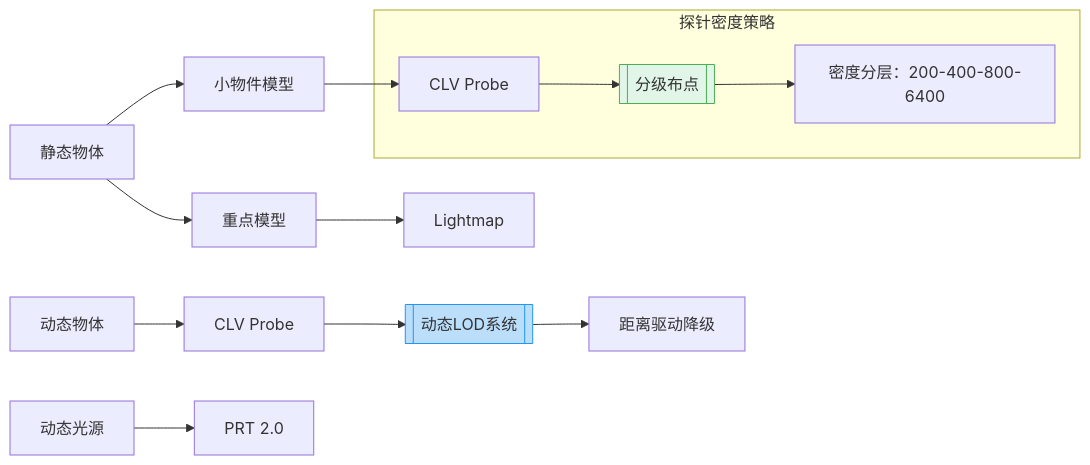
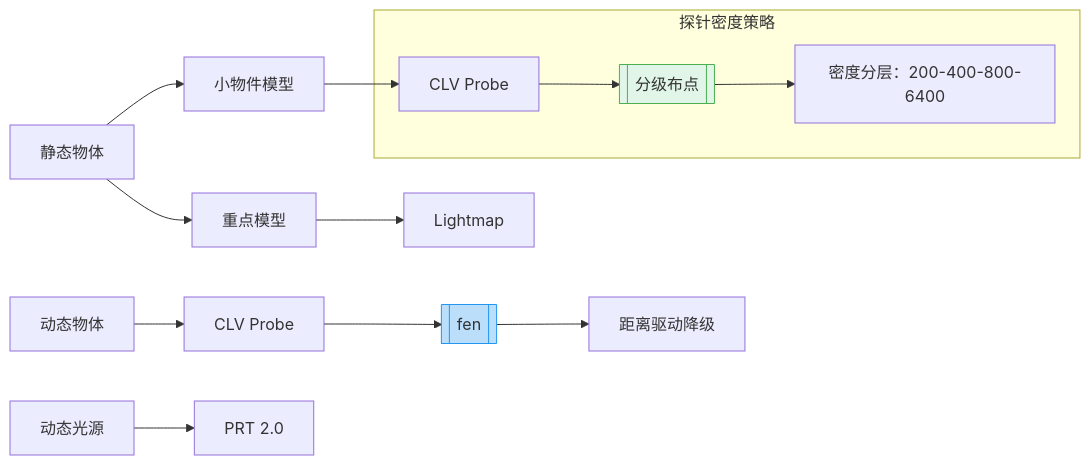
One commit to archieluan/iodraw-files changed the diagram in all/未命名-5.md. Above: the diagram before and after it, drawn with Mermaid.

Commit message:
2025-07-08 10:55:13 update

````diff
--- a/all/未命名-5.md
+++ b/all/未命名-5.md
@@ -1,21 +1,21 @@
 ```mermaid
 graph LR
   %% 保留原基础框架
   A[静态物体] --> A1[重点模型] --> A2[Lightmap]
   A --> B[小物件模型] --> B1[CLV Probe]
   
   %% 新增分级标注
   subgraph 探针密度策略
     B1 --> C[[分级布点]]
     C --> C1["密度分层：200-400-800-6400"]
     style C fill:#e1f5e8,stroke:#4caf50
   end
   
   %% 动态部分严格区分
   D[动态物体] --> D1[CLV Probe] 
-  D1 --> D2[[动态LOD系统]] 
+  D1 --> D2[[fen]] 
   D2 --> D3[距离驱动降级]
   style D2 fill:#bbdefb,stroke:#2196f3
   
   E[动态光源] --> E1[PRT 2.0]
 ```
````
